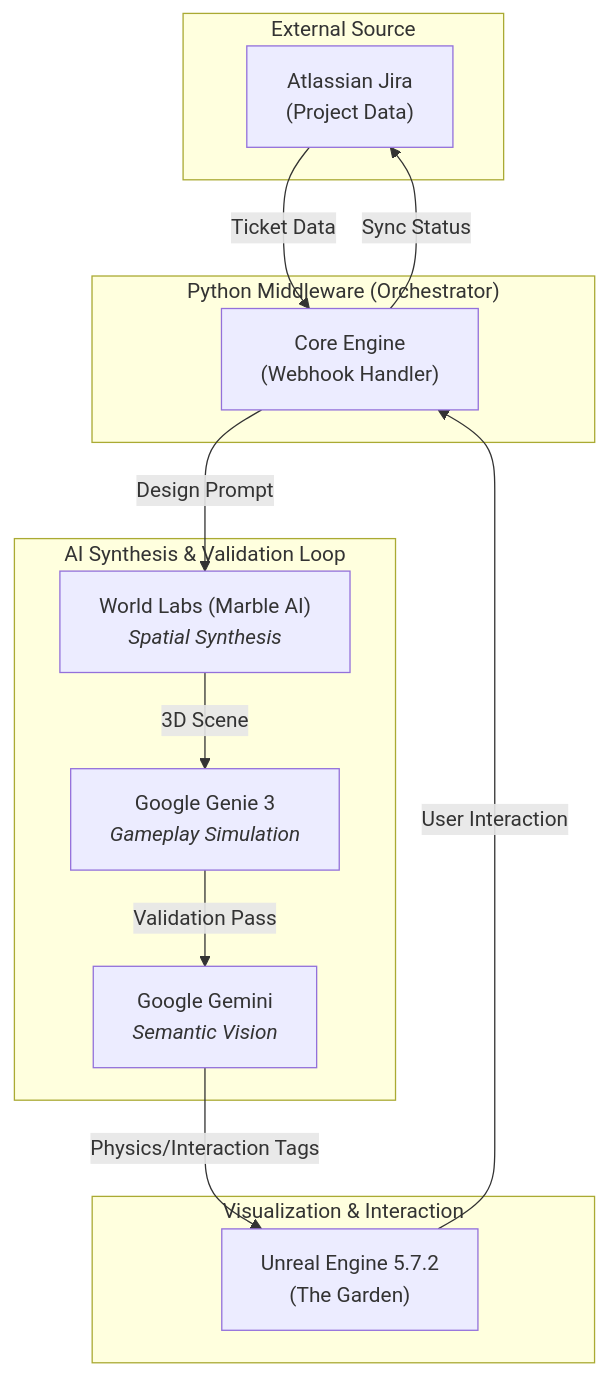
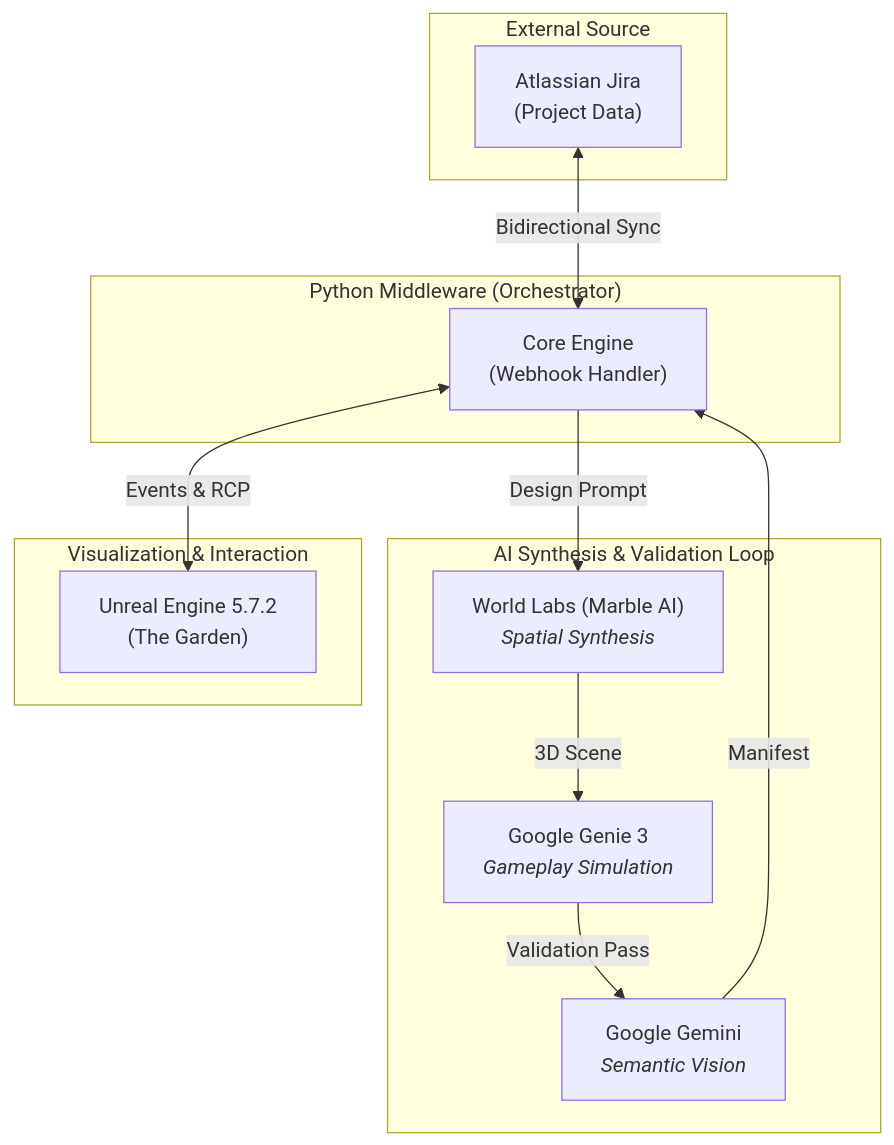
One commit to petripaananen/BloomPath changed the diagram in README.md. Above: the diagram before and after it, drawn with Mermaid.

Commit message:
docs: correct workflow diagram to be bidirectional

````diff
--- a/README.md
+++ b/README.md
@@ -8,28 +8,27 @@
 ```mermaid
 graph TD
     subgraph "External Source"
         Jira["Atlassian Jira<br/>(Project Data)"]
     end
 
     subgraph "Python Middleware (Orchestrator)"
         Mid["Core Engine<br/>(Webhook Handler)"]
     end
 
     subgraph "AI Synthesis & Validation Loop"
         Marble["World Labs (Marble AI)<br/><i>Spatial Synthesis</i>"]
         Genie["Google Genie 3<br/><i>Gameplay Simulation</i>"]
         Gemini["Google Gemini<br/><i>Semantic Vision</i>"]
     end
 
     subgraph "Visualization & Interaction"
         UE5["Unreal Engine 5.7.2<br/>(The Garden)"]
     end
 
-    Jira -->|Ticket Data| Mid
+    Jira <-->|Bidirectional Sync| Mid
     Mid -->|Design Prompt| Marble
     Marble -->|3D Scene| Genie
     Genie -->|Validation Pass| Gemini
-    Gemini -->|Physics/Interaction Tags| UE5
-    UE5 -->|User Interaction| Mid
-    Mid -->|Sync Status| Jira
+    Gemini -->|Manifest| Mid
+    Mid <-->|Events & RCP| UE5
 ```
````
